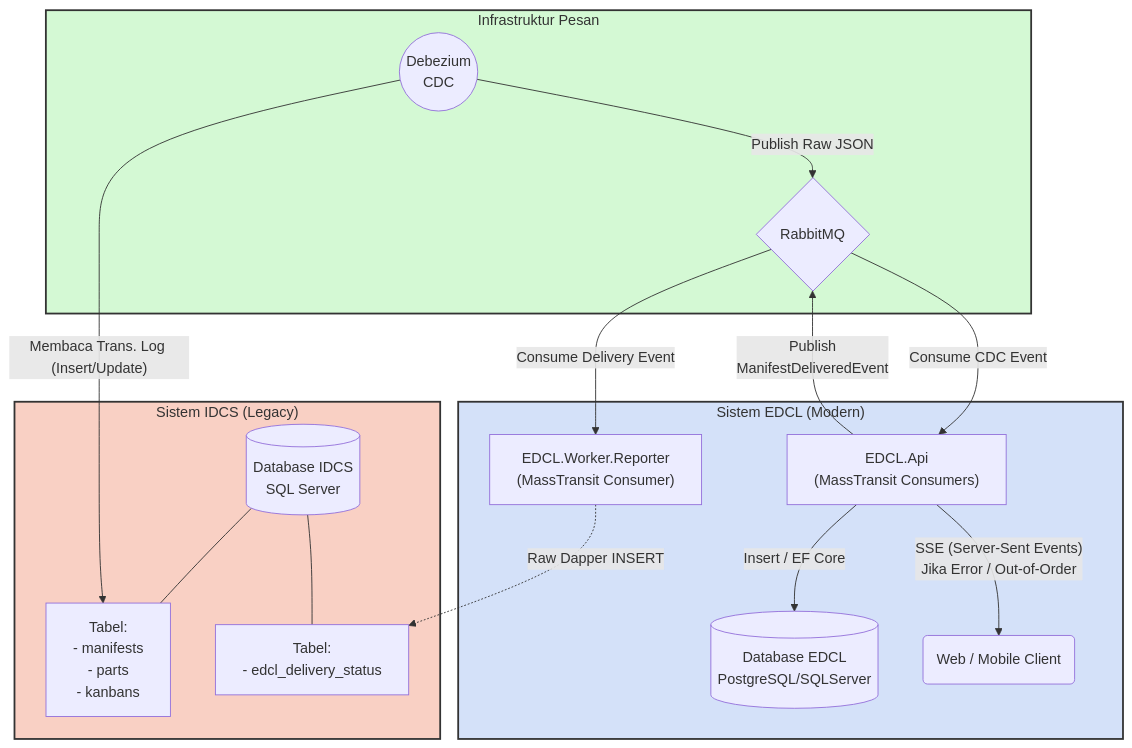
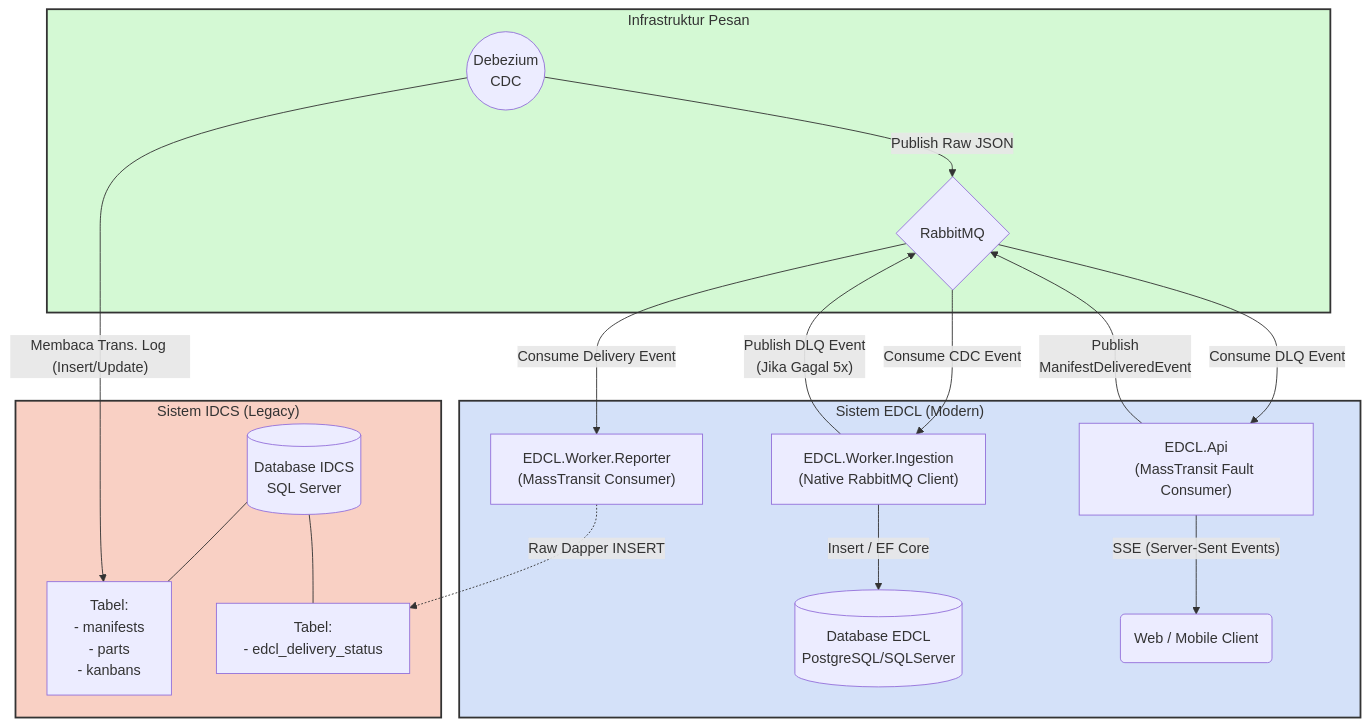
One commit to odealidj/minione-edcl-net changed the diagram in docs/architecture/idcs-edcl-integration.md. Above: the diagram before and after it, drawn with Mermaid. The commit also changed other lines of this file, not shown here.

Commit message:
docs(architecture): Sync IDCS integration docs with native RabbitMQ ingestion worker and TTL DLX architecture

````diff
--- a/docs/architecture/idcs-edcl-integration.md
+++ b/docs/architecture/idcs-edcl-integration.md
@@ -11,58 +11,61 @@
 ```mermaid
 flowchart TD
     %% Define Styles
     classDef idcsSystem fill:#f9d0c4,stroke:#333,stroke-width:2px;
     classDef edclSystem fill:#d4e1f9,stroke:#333,stroke-width:2px;
     classDef broker fill:#d4f9d4,stroke:#333,stroke-width:2px;
 
     %% --------------------------------
     %% 1. IDCS BOUNDARY
     %% --------------------------------
     subgraph IDCS ["Sistem IDCS (Legacy)"]
         idcs_db[("Database IDCS\nSQL Server")]
         tbl_manifest["Tabel:\n- manifests\n- parts\n- kanbans"]
         tbl_delivery["Tabel:\n- edcl_delivery_status"]
         
         idcs_db --- tbl_manifest
         idcs_db --- tbl_delivery
     end
     class IDCS idcsSystem;
 
     %% --------------------------------
     %% 2. MESSAGE BROKER BOUNDARY
     %% --------------------------------
     subgraph Middleware ["Infrastruktur Pesan"]
         debezium(("Debezium\nCDC"))
         rabbitmq{"RabbitMQ"}
         
         debezium -- Membaca Trans. Log (Insert/Update) --> tbl_manifest
         debezium -- Publish Raw JSON --> rabbitmq
     end
     class Middleware broker;
 
     %% --------------------------------
     %% 3. EDCL BOUNDARY
     %% --------------------------------
     subgraph EDCL ["Sistem EDCL (Modern)"]
-        edcl_api["EDCL.Api\n(MassTransit Consumers)"]
+        worker_ingestion["EDCL.Worker.Ingestion\n(Native RabbitMQ Client)"]
+        edcl_api["EDCL.Api\n(MassTransit Fault Consumer)"]
         edcl_db[("Database EDCL\nPostgreSQL/SQLServer")]
         edcl_ui("Web / Mobile Client")
         
         worker_reporter["EDCL.Worker.Reporter\n(MassTransit Consumer)"]
         
         %% Ingestion Flow
-        rabbitmq -- Consume CDC Event --> edcl_api
-        edcl_api -- Insert / EF Core --> edcl_db
-        edcl_api -- SSE (Server-Sent Events)\nJika Error / Out-of-Order --> edcl_ui
+        rabbitmq -- Consume CDC Event --> worker_ingestion
+        worker_ingestion -- Insert / EF Core --> edcl_db
+        worker_ingestion -- Publish DLQ Event\n(Jika Gagal 5x) --> rabbitmq
+        rabbitmq -- Consume DLQ Event --> edcl_api
+        edcl_api -- SSE (Server-Sent Events) --> edcl_ui
         
         %% Write-Back Flow
         edcl_api -- Publish\nManifestDeliveredEvent --> rabbitmq
         rabbitmq -- Consume Delivery Event --> worker_reporter
     end
     class EDCL edclSystem;
 
     %% --------------------------------
     %% WRITE-BACK CONNECTION
     %% --------------------------------
     worker_reporter -. "Raw Dapper INSERT" .-> tbl_delivery
 ```
````
